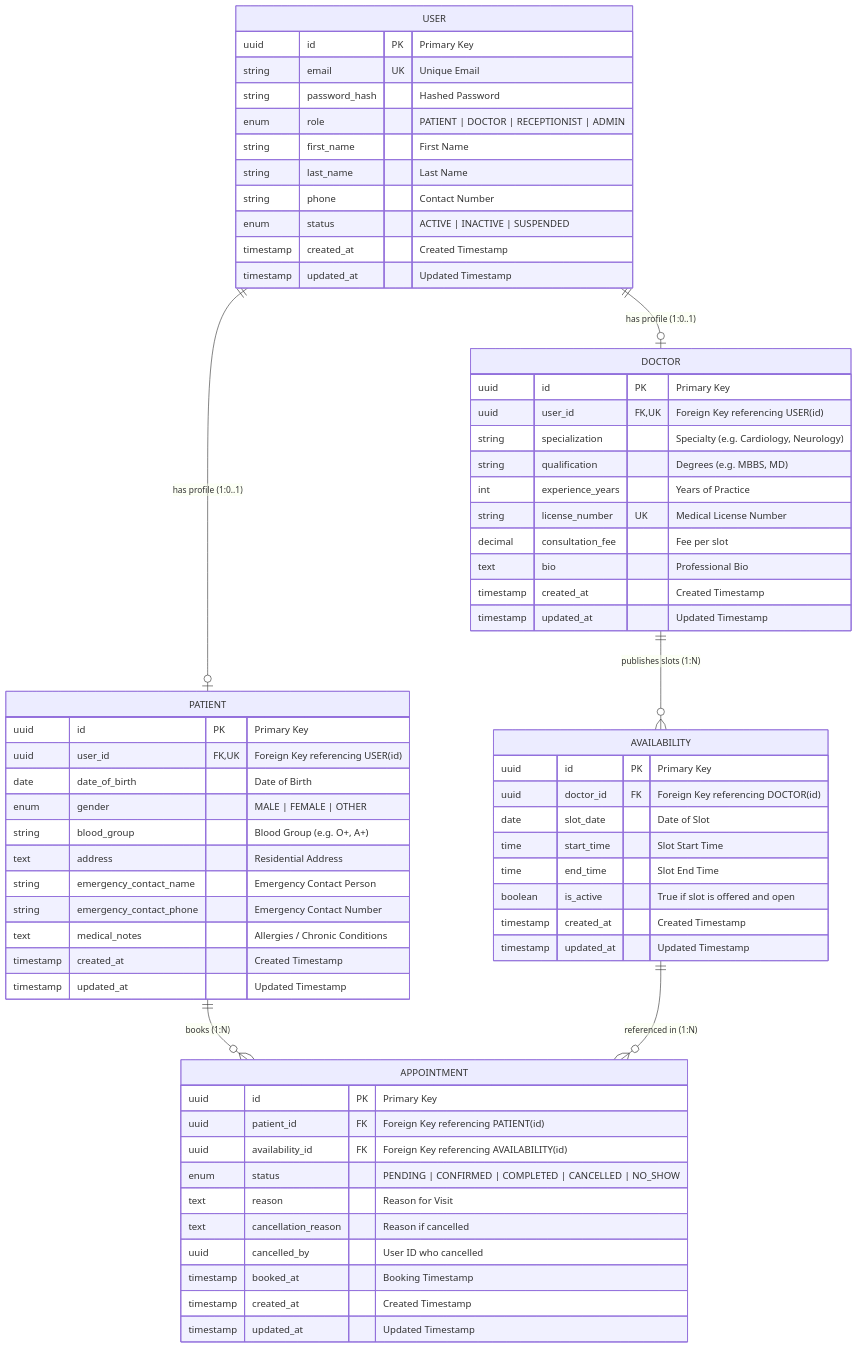
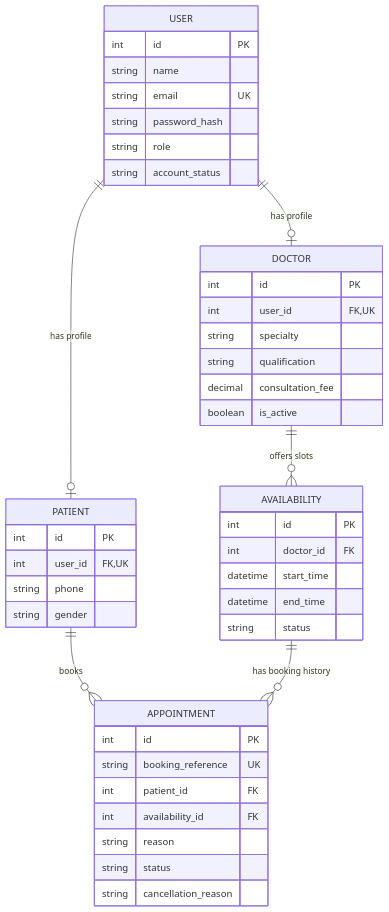
One commit to DEVIVARAPRASADM/hospital-appointment-management changed the diagram in docs/er-diagram.md. Above: the diagram before and after it, drawn with Mermaid. The commit also changed other lines of this file, not shown here.

Commit message:
docs: add hospital appointment ER diagram and specifications

````diff
--- a/docs/er-diagram.md
+++ b/docs/er-diagram.md
@@ -18,72 +9,51 @@
 ```mermaid
 erDiagram
-    USER ||--o| PATIENT : "has profile (1:0..1)"
-    USER ||--o| DOCTOR : "has profile (1:0..1)"
-    DOCTOR ||--o{ AVAILABILITY : "publishes slots (1:N)"
-    PATIENT ||--o{ APPOINTMENT : "books (1:N)"
-    AVAILABILITY ||--o{ APPOINTMENT : "referenced in (1:N)"
+    USER ||--o| PATIENT : "has profile"
+    USER ||--o| DOCTOR : "has profile"
+    DOCTOR ||--o{ AVAILABILITY : "offers slots"
+    PATIENT ||--o{ APPOINTMENT : "books"
+    AVAILABILITY ||--o{ APPOINTMENT : "has booking history"
 
     USER {
-        uuid id PK "Primary Key"
-        string email UK "Unique Email"
-        string password_hash "Hashed Password"
-        enum role "PATIENT | DOCTOR | RECEPTIONIST | ADMIN"
-        string first_name "First Name"
-        string last_name "Last Name"
-        string phone "Contact Number"
-        enum status "ACTIVE | INACTIVE | SUSPENDED"
-        timestamp created_at "Created Timestamp"
-        timestamp updated_at "Updated Timestamp"
+        int id PK
+        string name
+        string email UK
+        string password_hash
+        string role
+        string account_status
     }
 
     PATIENT {
-        uuid id PK "Primary Key"
-        uuid user_id FK,UK "Foreign Key referencing USER(id)"
-        date date_of_birth "Date of Birth"
-        enum gender "MALE | FEMALE | OTHER"
-        string blood_group "Blood Group (e.g. O+, A+)"
-        text address "Residential Address"
-        string emergency_contact_name "Emergency Contact Person"
-        string emergency_contact_phone "Emergency Contact Number"
-        text medical_notes "Allergies / Chronic Conditions"
-        timestamp created_at "Created Timestamp"
-        timestamp updated_at "Updated Timestamp"
+        int id PK
+        int user_id FK,UK
+        string phone
+        string gender
     }
 
     DOCTOR {
-        uuid id PK "Primary Key"
-        uuid user_id FK,UK "Foreign Key referencing USER(id)"
-        string specialization "Specialty (e.g. Cardiology, Neurology)"
-        string qualification "Degrees (e.g. MBBS, MD)"
-        int experience_years "Years of Practice"
-        string license_number UK "Medical License Number"
-        decimal consultation_fee "Fee per slot"
-        text bio "Professional Bio"
-        timestamp created_at "Created Timestamp"
-        timestamp updated_at "Updated Timestamp"
+        int id PK
+        int user_id FK,UK
+        string specialty
+        string qualification
+        decimal consultation_fee
+        boolean is_active
     }
 
     AVAILABILITY {
-        uuid id PK "Primary Key"
-        uuid doctor_id FK "Foreign Key referencing DOCTOR(id)"
-        date slot_date "Date of Slot"
-        time start_time "Slot Start Time"
-        time end_time "Slot End Time"
-        boolean is_active "True if slot is offered and open"
-        timestamp created_at "Created Timestamp"
-        timestamp updated_at "Updated Timestamp"
+        int id PK
+        int doctor_id FK
+        datetime start_time
+        datetime end_time
+        string status
     }
 
     APPOINTMENT {
-        uuid id PK "Primary Key"
-        uuid patient_id FK "Foreign Key referencing PATIENT(id)"
-        uuid availability_id FK "Foreign Key referencing AVAILABILITY(id)"
-        enum status "PENDING | CONFIRMED | COMPLETED | CANCELLED | NO_SHOW"
-        text reason "Reason for Visit"
-        text cancellation_reason "Reason if cancelled"
-        uuid cancelled_by "User ID who cancelled"
-        timestamp booked_at "Booking Timestamp"
-        timestamp created_at "Created Timestamp"
-        timestamp updated_at "Updated Timestamp"
+        int id PK
+        string booking_reference UK
+        int patient_id FK
+        int availability_id FK
+        string reason
+        string status
+        string cancellation_reason
     }
 ```
````
